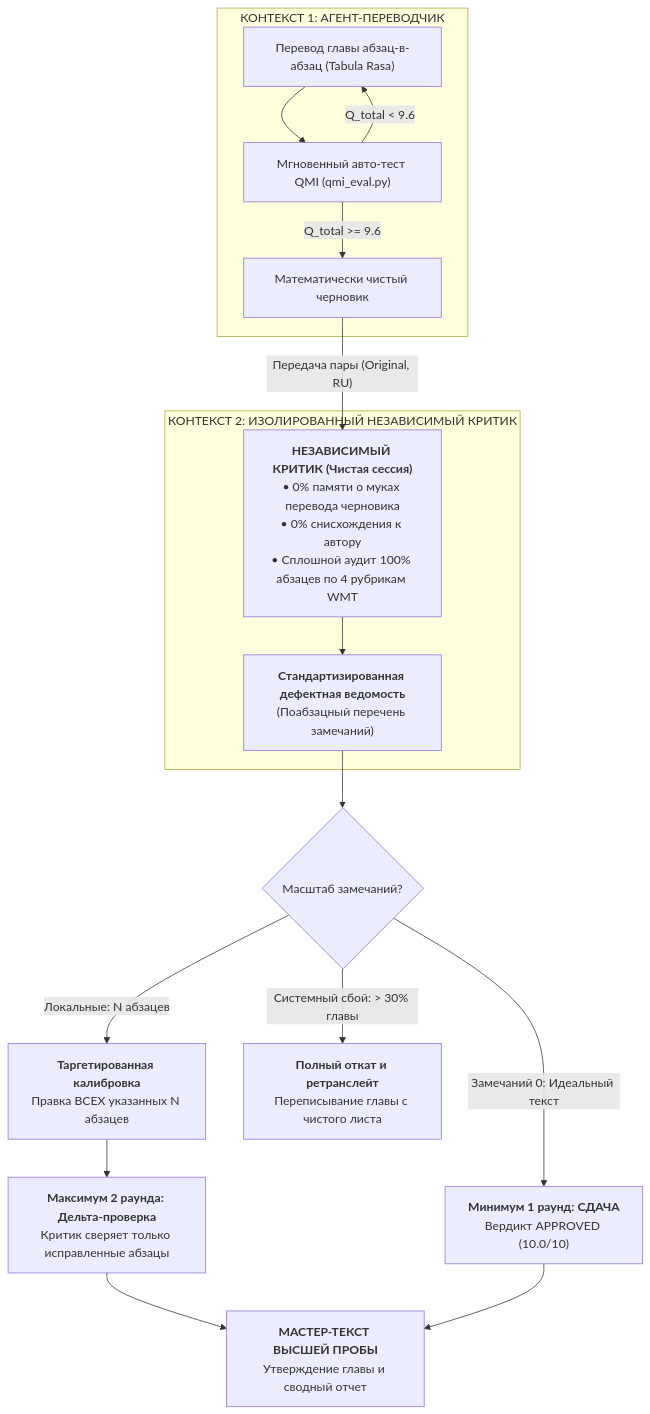
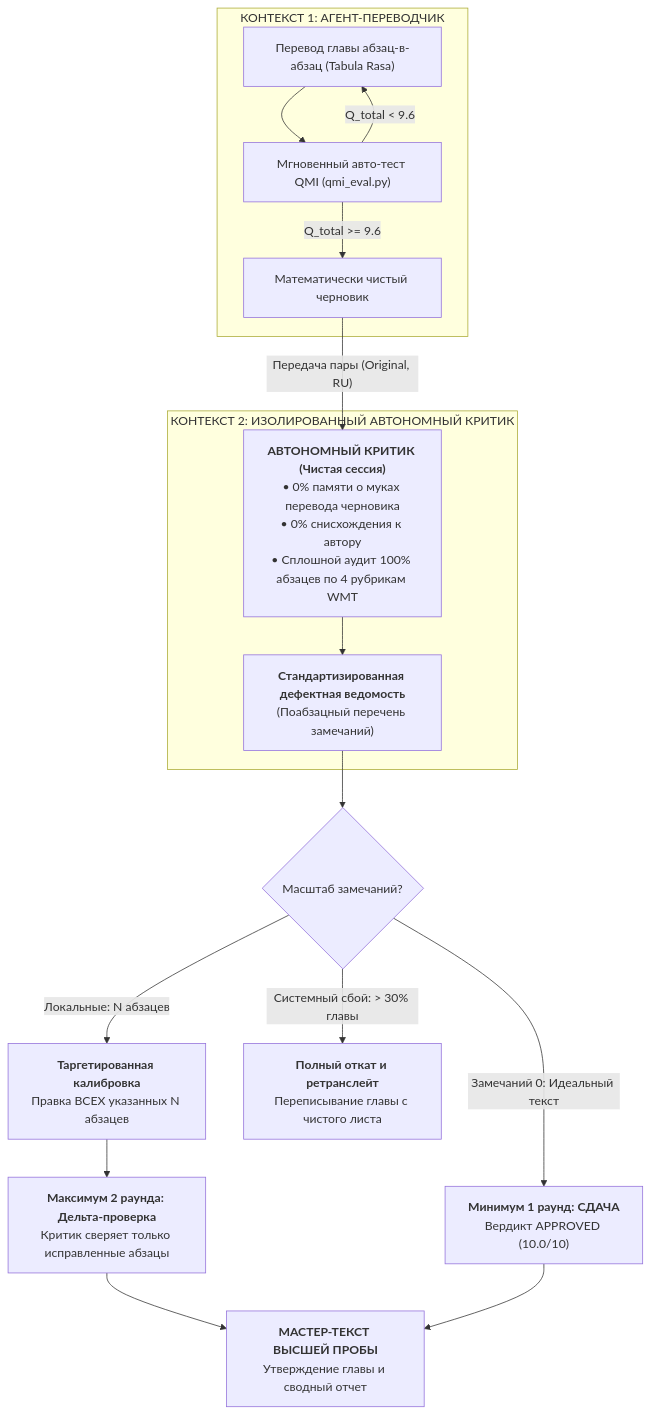
The sixth of 6 diagrams in AGENTS.md (lnp/classic-russian-translation), drawn with Mermaid before and after one commit. The commit also changed other lines of this file and 1 other file, not shown here.

Commit message:
feat: Autonomous Critic protocol v1.3.2, scientific grounding (LLM-as-a-Judge, WMT Literary, QMI v2.0 roadmap), and H. G. Wells examples

````diff
--- a/AGENTS.md
+++ b/AGENTS.md
@@ -298,25 +304,25 @@
 ```mermaid
 flowchart TD
     subgraph CONTEXT_DRAFT ["КОНТЕКСТ 1: АГЕНТ-ПЕРЕВОДЧИК"]
         W1["Перевод главы абзац-в-абзац (Tabula Rasa)"] --> W2["Мгновенный авто-тест QMI (qmi_eval.py)"]
         W2 -->|Q_total < 9.6| W1
         W2 -->|Q_total >= 9.6| OUT_TEXT["Математически чистый черновик"]
     end
 
     OUT_TEXT -->|"Передача пары (Original, RU)"| CRITIC
 
-    subgraph CONTEXT_CRITIC ["КОНТЕКСТ 2: ИЗОЛИРОВАННЫЙ НЕЗАВИСИМЫЙ КРИТИК"]
-        CRITIC["<b>НЕЗАВИСИМЫЙ КРИТИК (Чистая сессия)</b><br/>• 0% памяти о муках перевода черновика<br/>• 0% снисхождения к автору<br/>• Сплошной аудит 100% абзацев по 4 рубрикам WMT"]
+    subgraph CONTEXT_CRITIC ["КОНТЕКСТ 2: ИЗОЛИРОВАННЫЙ АВТОНОМНЫЙ КРИТИК"]
+        CRITIC["<b>АВТОНОМНЫЙ КРИТИК (Чистая сессия)</b><br/>• 0% памяти о муках перевода черновика<br/>• 0% снисхождения к автору<br/>• Сплошной аудит 100% абзацев по 4 рубрикам WMT"]
         CRITIC --> REPORT["<b>Стандартизированная дефектная ведомость</b><br/>(Поабзацный перечень замечаний)"]
     end
 
     REPORT --> DECISION{"Масштаб замечаний?"}
     
     DECISION -->|Замечаний 0: Идеальный текст| APPROVED["<b>Минимум 1 раунд: СДАЧА</b><br/>Вердикт APPROVED (10.0/10)"]
     DECISION -->|Локальные: N абзацев| PATCH["<b>Таргетированная калибровка</b><br/>Правка ВСЕХ указанных N абзацев"]
     DECISION -->|Системный сбой: > 30% главы| REWRITE["<b>Полный откат и ретранслейт</b><br/>Переписывание главы с чистого листа"]
     
     PATCH --> DELTA["<b>Максимум 2 раунда: Дельта-проверка</b><br/>Критик сверяет только исправленные абзацы"]
     DELTA --> FINAL["<b>МАСТЕР-ТЕКСТ ВЫСШЕЙ ПРОБЫ</b><br/>Утверждение главы и сводный отчет"]
     APPROVED --> FINAL
 ```
````
